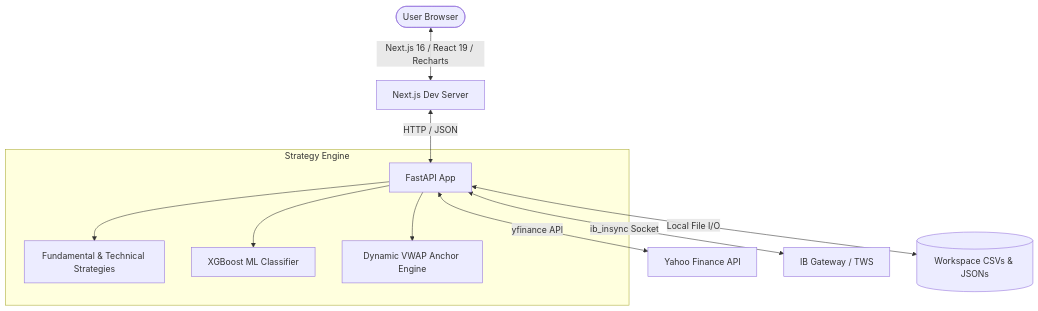
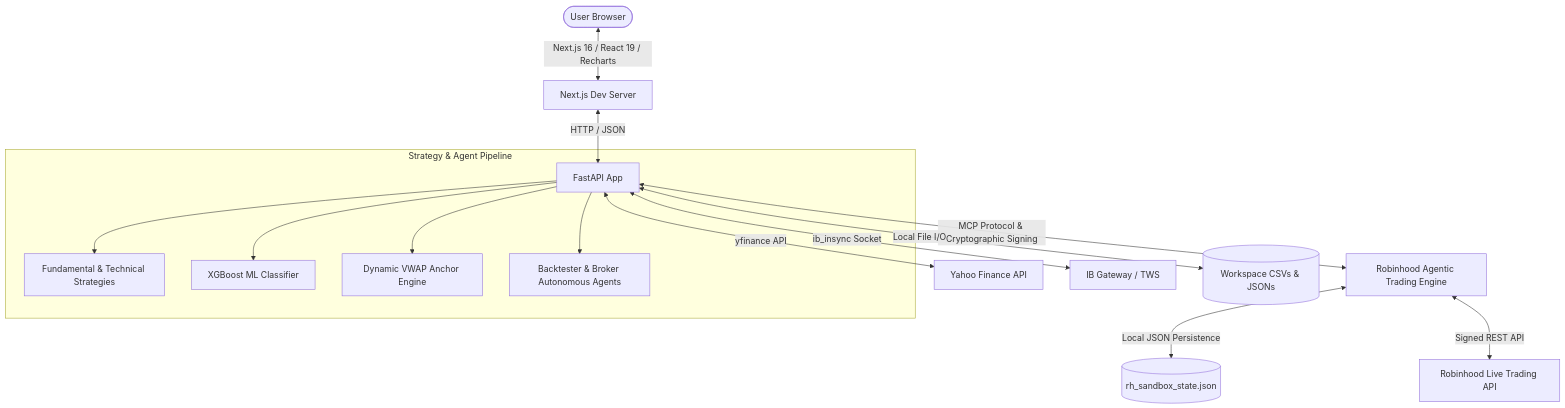
One commit to sss-modernkris/StockPickerStrategies changed the first of 2 diagrams in docs/Documentation.md. Above: the diagram before and after it, drawn with Mermaid. The commit also changed other lines of this file and 11 other files, not shown here.

Commit message:
feat(agentic-trading): implement Robinhood Agentic Trading roadmap, risk guardrails, persistent sandbox state, and update docs & glossary

````diff
--- a/docs/Documentation.md
+++ b/docs/Documentation.md
@@ -59,14 +64,18 @@
 ```mermaid
 graph TD
     User([User Browser]) <--> |Next.js 16 / React 19 / Recharts| Frontend[Next.js Dev Server]
     Frontend <--> |HTTP / JSON| Backend[FastAPI App]
     Backend <--> |yfinance API| Yahoo[Yahoo Finance API]
     Backend <--> |ib_insync Socket| IBGate[IB Gateway / TWS]
+    Backend <--> |MCP Protocol & Cryptographic Signing| RHEngine[Robinhood Agentic Trading Engine]
+    RHEngine <--> |Local JSON Persistence| RHSandbox[(rh_sandbox_state.json)]
+    RHEngine <--> |Signed REST API| RHLive[Robinhood Live Trading API]
     Backend <--> |Local File I/O| CSV[(Workspace CSVs & JSONs)]
     
-    subgraph Strategy Engine
+    subgraph Strategy & Agent Pipeline
         Backend --> FT[Fundamental & Technical Strategies]
         Backend --> ML[XGBoost ML Classifier]
         Backend --> Willy[Dynamic VWAP Anchor Engine]
+        Backend --> Agents[Backtester & Broker Autonomous Agents]
     end
 ```
````
